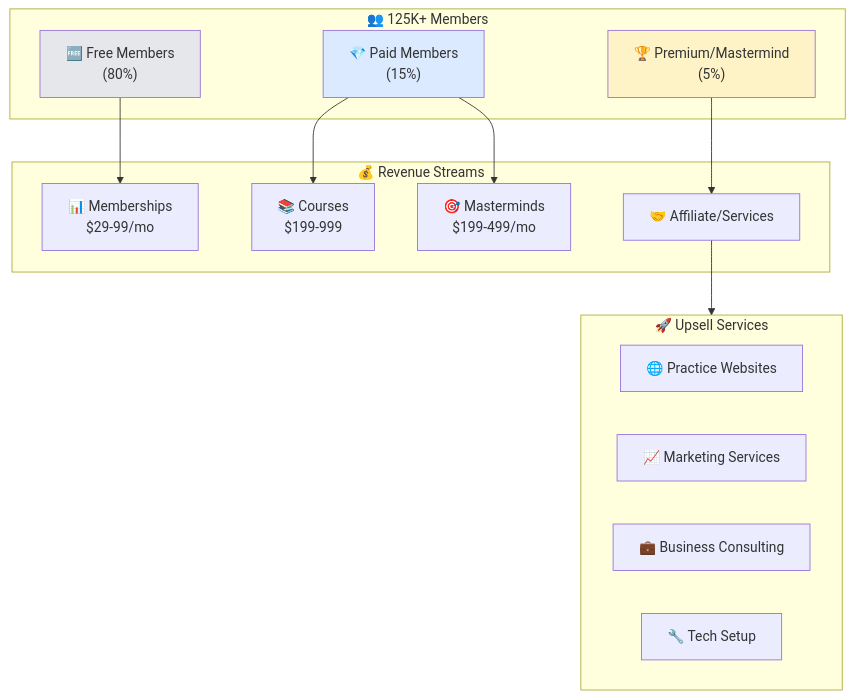
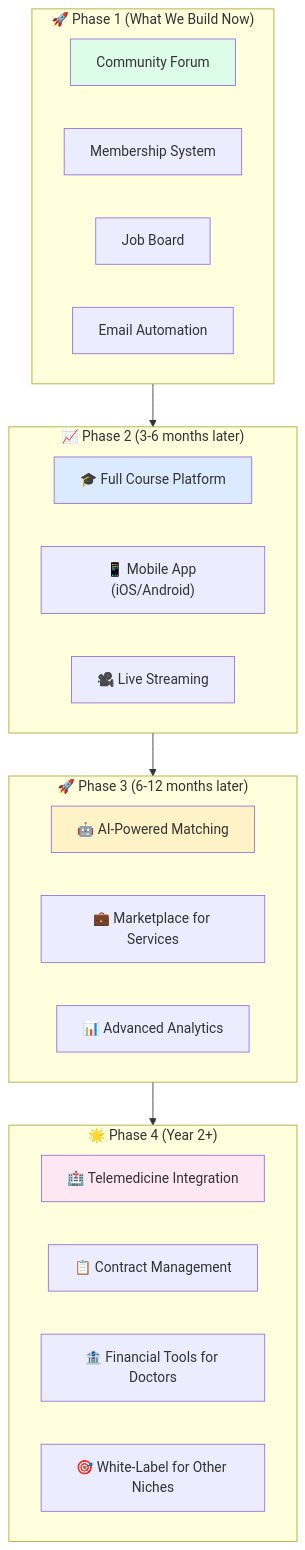
Before and after one commit to hammadxcm/facebook-group-integration-guide: the sixth of 14 diagrams in README.md, drawn with Mermaid. The commit also changed other lines of this file and 4 other files, not shown here.

````diff
--- a/README.md
+++ b/README.md
@@ -1449,32 +233,35 @@
 ```mermaid
 flowchart TD
-    subgraph Members["👥 125K+ Members"]
-        FREE["🆓 Free Members\n(80%)"]
-        PAID["💎 Paid Members\n(15%)"]
-        PREMIUM["🏆 Premium/Mastermind\n(5%)"]
+    subgraph Current["🚀 Phase 1 (What We Build Now)"]
+        C1["Community Forum"]
+        C2["Membership System"]
+        C3["Job Board"]
+        C4["Email Automation"]
     end
 
-    subgraph Revenue["💰 Revenue Streams"]
-        R1["📊 Memberships\n$29-99/mo"]
-        R2["📚 Courses\n$199-999"]
-        R3["🎯 Masterminds\n$199-499/mo"]
-        R4["🤝 Affiliate/Services"]
+    subgraph Future1["📈 Phase 2 (3-6 months later)"]
+        F1A["🎓 Full Course Platform"]
+        F1B["📱 Mobile App (iOS/Android)"]
+        F1C["🎥 Live Streaming"]
     end
 
-    subgraph Upsell["🚀 Upsell Services"]
-        U1["🌐 Practice Websites"]
-        U2["📈 Marketing Services"]
-        U3["💼 Business Consulting"]
-        U4["🔧 Tech Setup"]
+    subgraph Future2["🚀 Phase 3 (6-12 months later)"]
+        F2A["🤖 AI-Powered Matching"]
+        F2B["💼 Marketplace for Services"]
+        F2C["📊 Advanced Analytics"]
     end
 
-    FREE --> R1
-    PAID --> R2
-    PAID --> R3
-    PREMIUM --> R4
-    R4 --> Upsell
+    subgraph Future3["🌟 Phase 4 (Year 2+)"]
+        F3A["🏥 Telemedicine Integration"]
+        F3B["📋 Contract Management"]
+        F3C["🏦 Financial Tools for Doctors"]
+        F3D["🎯 White-Label for Other Niches"]
+    end
 
-    style FREE fill:#e5e7eb
-    style PAID fill:#dbeafe
-    style PREMIUM fill:#fef3c7
+    Current --> Future1 --> Future2 --> Future3
+
+    style C1 fill:#dcfce7
+    style F1A fill:#dbeafe
+    style F2A fill:#fef3c7
+    style F3A fill:#fce7f3
 ```
````
